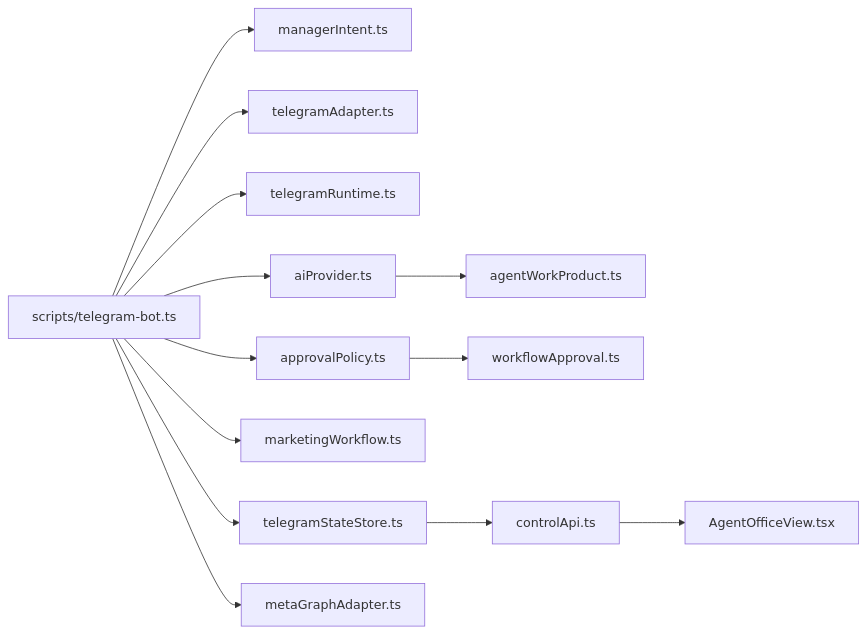
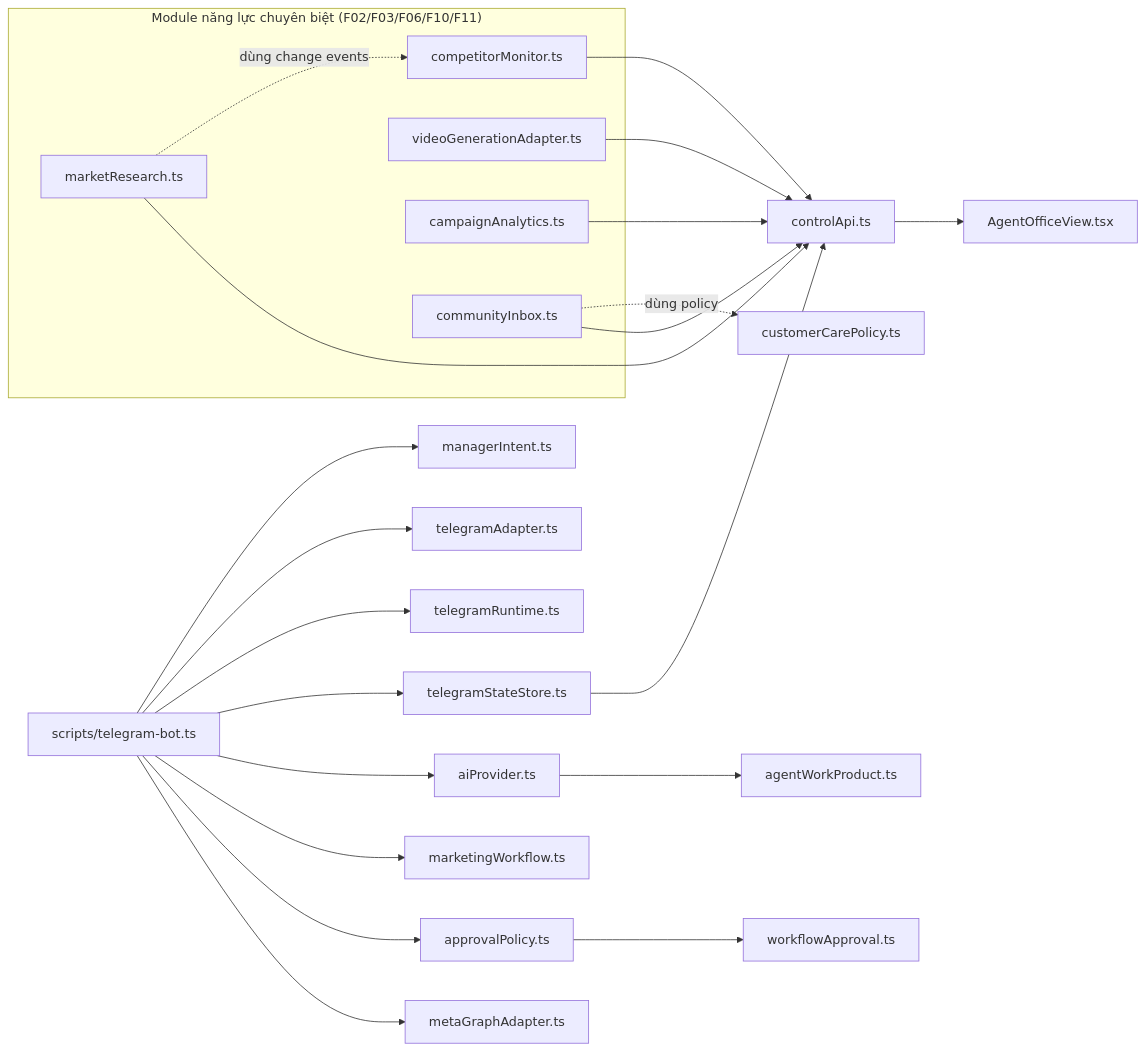
One commit to Harry-Kien/AI_Agent_marketing changed the third of 13 diagrams in docs/TAI_LIEU_THIET_KE_VA_TRINH_BAY_HE_THONG_AI_AGENT_MARKETING_2026.md. Above: the diagram before and after it, drawn with Mermaid. The commit also changed other lines of this file and 4 other files, not shown here.

First line of the commit message:
docs(thesis): sync design doc and diagrams with capability modules

````diff
--- a/docs/TAI_LIEU_THIET_KE_VA_TRINH_BAY_HE_THONG_AI_AGENT_MARKETING_2026.md
+++ b/docs/TAI_LIEU_THIET_KE_VA_TRINH_BAY_HE_THONG_AI_AGENT_MARKETING_2026.md
@@ -220,15 +220,29 @@
 ```mermaid
 flowchart LR
     BOT["scripts/telegram-bot.ts"] --> TI["managerIntent.ts"]
     BOT --> TP["telegramAdapter.ts"]
     BOT --> RT["telegramRuntime.ts"]
     BOT --> STORE["telegramStateStore.ts"]
     BOT --> AI["aiProvider.ts"]
     AI --> PRODUCT["agentWorkProduct.ts"]
     BOT --> FLOW["marketingWorkflow.ts"]
     BOT --> AP["approvalPolicy.ts"]
     AP --> WA["workflowApproval.ts"]
     BOT --> META["metaGraphAdapter.ts"]
     STORE --> CONTROL["controlApi.ts"]
+    subgraph CAP["Module năng lực chuyên biệt (F02/F03/F06/F10/F11)"]
+      RADAR["competitorMonitor.ts"]
+      RESEARCH["marketResearch.ts"]
+      VIDEO["videoGenerationAdapter.ts"]
+      ANALYTICS["campaignAnalytics.ts"]
+      COMMUNITY["communityInbox.ts"]
+    end
+    RESEARCH -.->|dùng change events| RADAR
+    COMMUNITY -.->|dùng policy| CC["customerCarePolicy.ts"]
+    RADAR --> CONTROL
+    RESEARCH --> CONTROL
+    VIDEO --> CONTROL
+    ANALYTICS --> CONTROL
+    COMMUNITY --> CONTROL
     CONTROL --> OFFICE["AgentOfficeView.tsx"]
 ```
````
